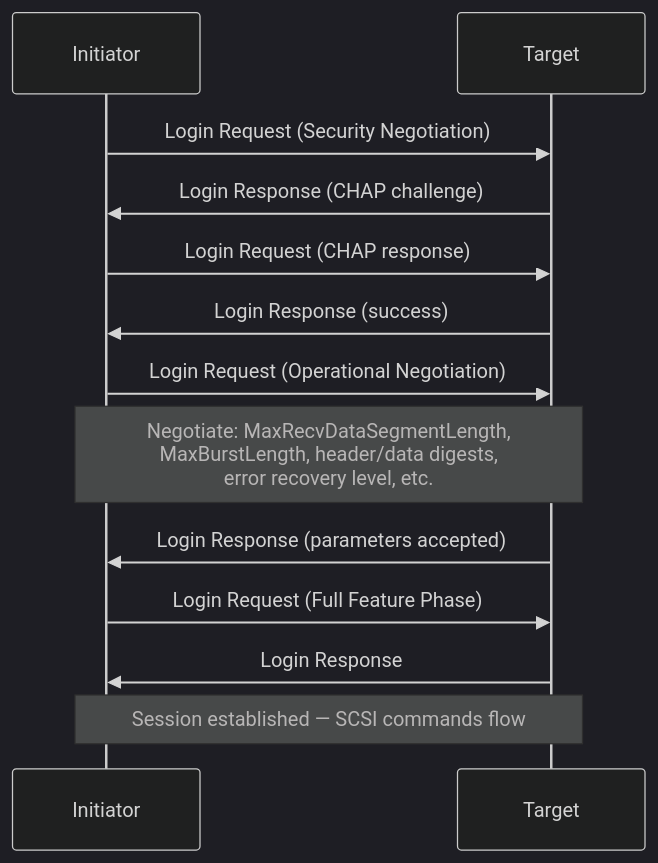
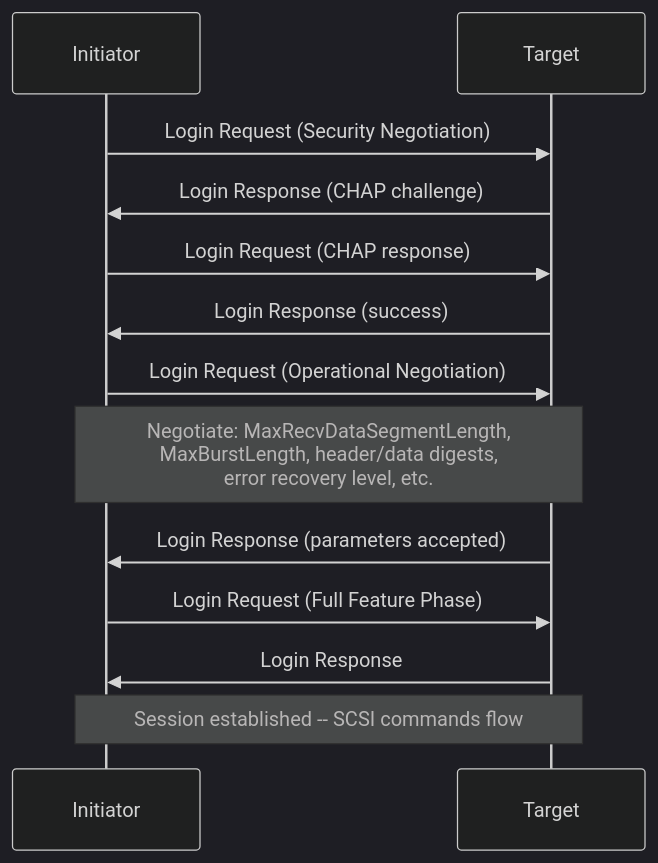
Before and after one commit to Abhinav-Kumar012/lb2: the fourth of 5 diagrams in src/storage/iscsi.md, drawn with Mermaid (dark theme). The commit also changed other lines of this file and 211 other files, not shown here.

First line of the commit message:
fix: mermaid syntax issues across 212 files

````diff
--- a/src/storage/iscsi.md
+++ b/src/storage/iscsi.md
@@ -118,18 +118,18 @@
 ```mermaid
 sequenceDiagram
     participant I as Initiator
     participant T as Target
 
     I->>T: Login Request (Security Negotiation)
     T->>I: Login Response (CHAP challenge)
     I->>T: Login Request (CHAP response)
     T->>I: Login Response (success)
 
     I->>T: Login Request (Operational Negotiation)
-    Note over I,T: Negotiate: MaxRecvDataSegmentLength,<br/>MaxBurstLength, header/data digests,<br/>error recovery level, etc.
+    Note over I,T: Negotiate: MaxRecvDataSegmentLength,<br>MaxBurstLength, header/data digests,<br>error recovery level, etc.
     T->>I: Login Response (parameters accepted)
 
     I->>T: Login Request (Full Feature Phase)
     T->>I: Login Response
-    Note over I,T: Session established — SCSI commands flow
+    Note over I,T: Session established -- SCSI commands flow
 ```
````
